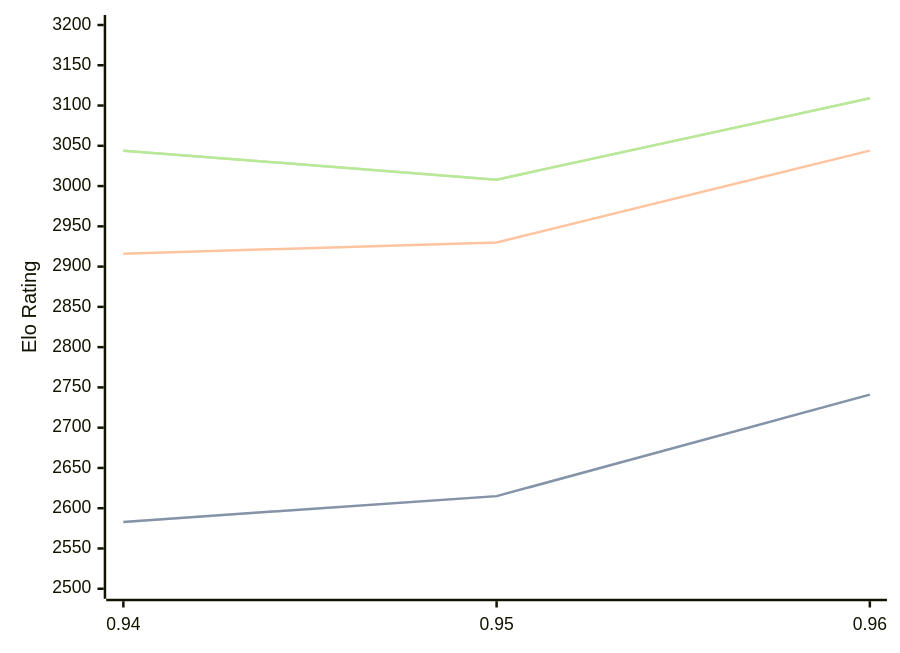
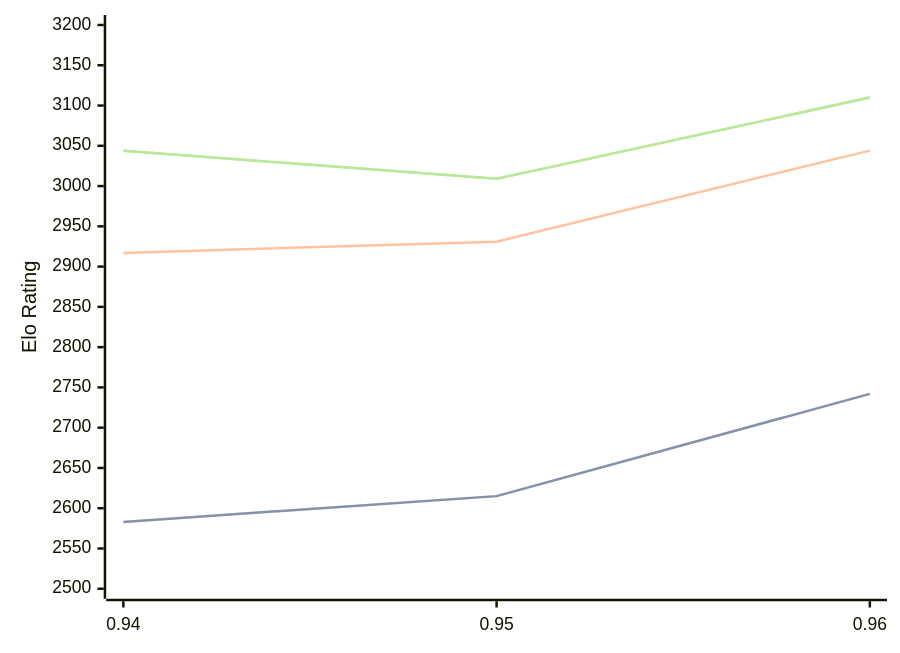
The first of 3 diagrams in engines/Myrddin.md (computer-chess-index/cci), drawn with Mermaid before and after one commit. The commit also changed other lines of this file, not shown here.

Commit message:
Update CCI Ratings (ELO VLTC) - 2026-07-17

````diff
--- a/engines/Myrddin.md
+++ b/engines/Myrddin.md
@@ -38,11 +38,11 @@
 ```mermaid
 %%{init: {"theme":"base","themeVariables":{"seriesColors:['#a3a3a3','#222221','#faa371']}}}%%
 xychart-beta
   x-axis ["0.94", "0.95", "0.96"]
   y-axis "Elo Rating" 2500 --> 3200
-  line "STC (8.0+0.08s)" [2583, 2615, 2741]
-  line "STC (8.0+0.08s)" [2583, 2615, 2741]
-  line "LTC (60.0+0.60s)" [2916, 2930, 3044]
-  line "VLTC (2m24s+1.12s)" [3044, 3008, 3109]
-  line "VLTC (2m24s+1.12s)" [3044, 3008, 3109]
+  line "STC (8.0+0.08s)" [2583, 2615, 2742]
+  line "STC (8.0+0.08s)" [2583, 2615, 2742]
+  line "LTC (60.0+0.60s)" [2917, 2931, 3044]
+  line "VLTC (2m24s+1.12s)" [3044, 3009, 3110]
+  line "VLTC (2m24s+1.12s)" [3044, 3009, 3110]
 ```
````
